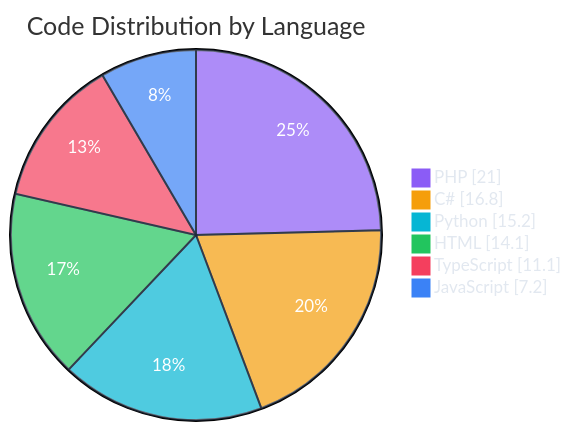
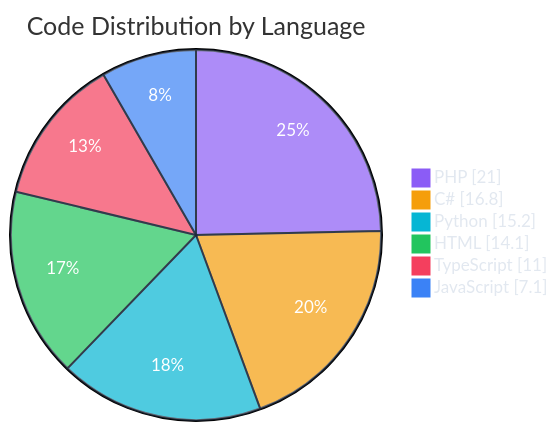
Before and after one commit to polo-nyan/polo-nyan: the second of 7 diagrams in README.md, drawn with Mermaid. The commit also changed other lines of this file and 1 other file, not shown here.

````diff
--- a/README.md
+++ b/README.md
@@ -229,11 +229,11 @@
 ```mermaid
 %%{init: {"theme": "base", "themeVariables": { "pie1": "#8b5cf6", "pie2": "#f59e0b", "pie3": "#06b6d4", "pie4": "#22c55e", "pie5": "#f43f5e", "pie6": "#3b82f6", "pie7": "#ec4899", "pieTextColor": "#ffffff", "pieLegendTextColor": "#e2e8f0", "pieSectionTextColor": "#ffffff", "pieStrokeColor": "#1e293b" }}}%%
 pie showData
     title Code Distribution by Language
     "PHP" : 21.0
     "C#" : 16.8
     "Python" : 15.2
     "HTML" : 14.1
-    "TypeScript" : 11.1
-    "JavaScript" : 7.2
+    "TypeScript" : 11.0
+    "JavaScript" : 7.1
 ```
````
